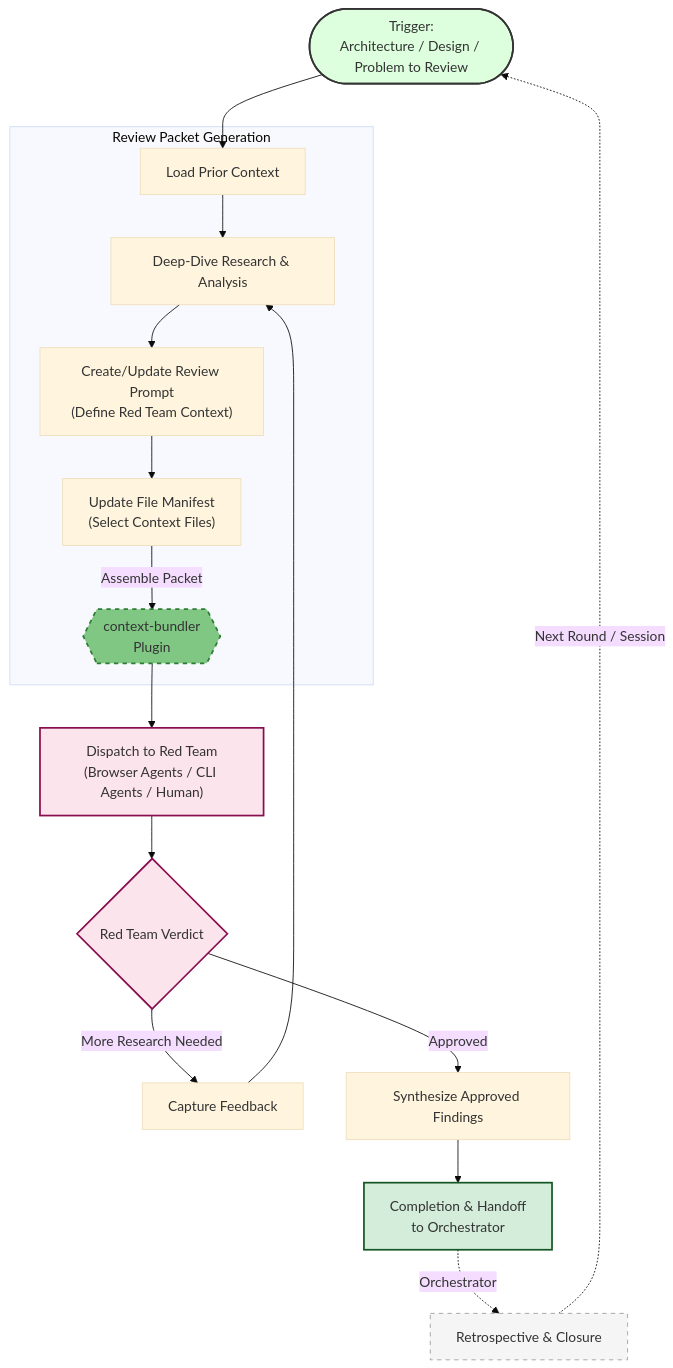
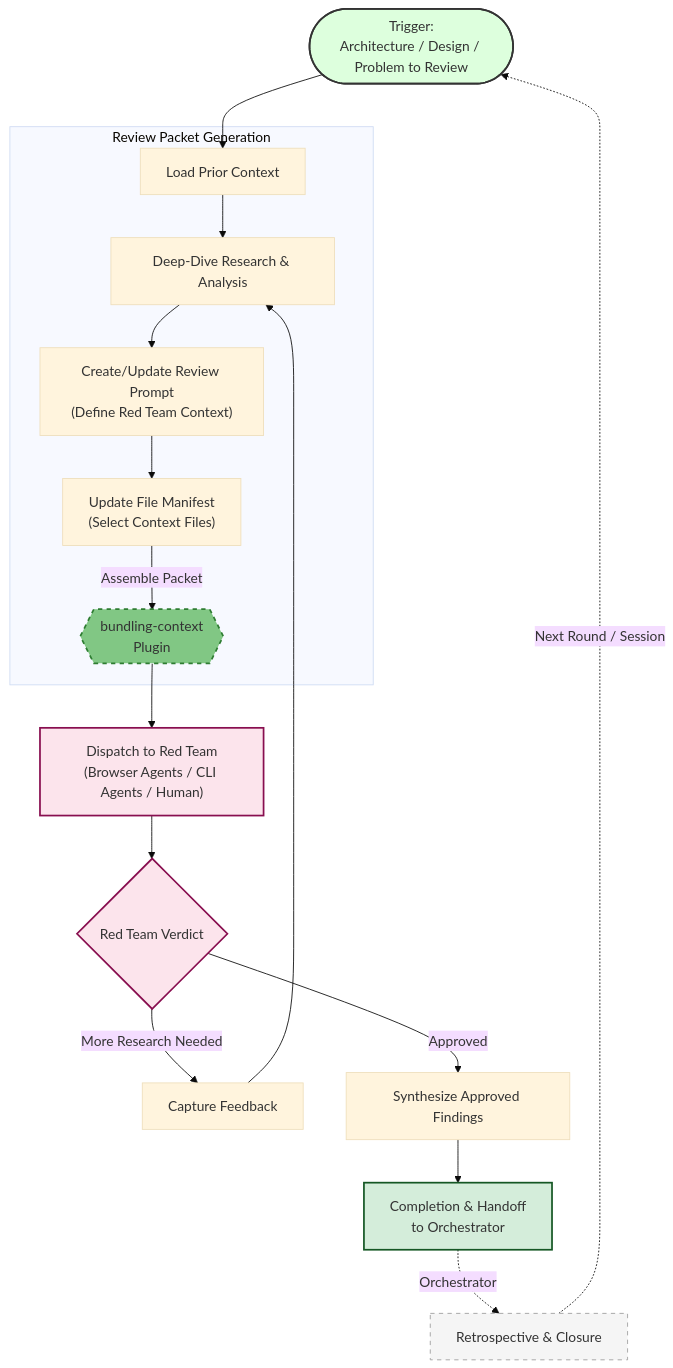
One commit to richfrem/agent-plugins-skills changed the diagram in plugins/agent-orchestration/assets/diagrams/red_team_review_loop.mmd. Above: the diagram before and after it, drawn with Mermaid. The commit also changed 337 other files, not shown here.

```diff
--- a/plugins/agent-orchestration/assets/diagrams/red_team_review_loop.mmd
+++ b/plugins/agent-orchestration/assets/diagrams/red_team_review_loop.mmd
@@ -1,42 +1,42 @@
 ---
 config:
   theme: base
 ---
 
 %% Pattern 2: Red Team Review Loop
 %% Orchestrated research with iterative adversarial review rounds.
 %% Location: resources/diagrams/red_team_review_loop.mmd
 
 flowchart TB
     Start(["Trigger:<br>Architecture / Design / Problem to Review"])
     Start --> Orient["Load Prior Context"]
     
     subgraph Execution["Review Packet Generation"]
         Research["Deep-Dive Research & Analysis"]
         Prompt["Create/Update Review Prompt<br>(Define Red Team Context)"]
         Manifest["Update File Manifest<br>(Select Context Files)"]
-        Bundler{{"context-bundler<br>Plugin"}}
+        Bundler{{"bundling-context<br>Plugin"}}
         
         Orient --> Research
         Research --> Prompt
         Prompt --> Manifest
         Manifest -->|Assemble Packet| Bundler
     end
     
     Bundler --> Dispatch["Dispatch to Red Team<br>(Browser Agents / CLI Agents / Human)"]
 
     Dispatch --> Review{"Red Team Verdict"}
     Review -- "More Research Needed" --> Feedback["Capture Feedback"]
     Feedback --> Research
     Review -- "Approved" --> Synthesize["Synthesize Approved Findings"]
 
     Synthesize --> Handoff["Completion & Handoff<br>to Orchestrator"]
     Handoff -.->|Orchestrator| Next["Retrospective & Closure"]
     Next -.->|"Next Round / Session"| Start
 
     style Start fill:#dfd,stroke:#333,stroke-width:2px
     style Review fill:#fce4ec,stroke:#880e4f,stroke-width:2px
     style Dispatch fill:#fce4ec,stroke:#880e4f,stroke-width:2px
     style Handoff fill:#d4edda,stroke:#155724,stroke-width:2px
     style Next fill:#f5f5f5,stroke:#9e9e9e,stroke-width:1px,stroke-dasharray: 5 5
     style Bundler fill:#81c784,stroke:#2e7d32,stroke-width:2px,stroke-dasharray: 5 5
```
